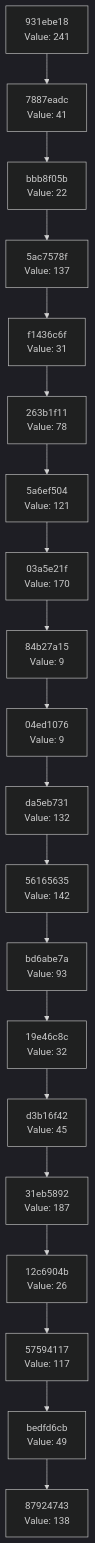
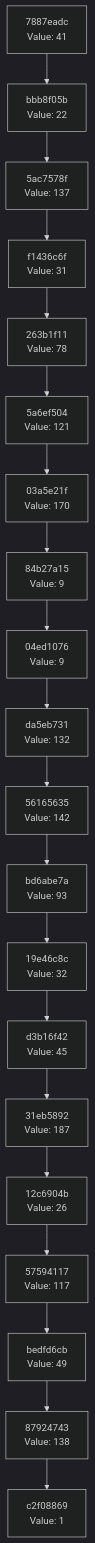
The diagram in docs/CHAIN_VISUALIZATION.md (Abhisheksinha1506/hash-chain-evolver), drawn with Mermaid (dark theme) before and after one commit. The commit also changed 2 other files, not shown here.

Commit message:
Evolution step: hash 0x01 → action executed

````diff
--- a/docs/CHAIN_VISUALIZATION.md
+++ b/docs/CHAIN_VISUALIZATION.md
@@ -3,42 +3,42 @@
 ```mermaid
 graph TD
-    C0["87924743<br/>Value: 138"]
-    C1["bedfd6cb<br/>Value: 49"]
+    C0["c2f08869<br/>Value: 1"]
+    C1["87924743<br/>Value: 138"]
     C1 --> C0
-    C2["57594117<br/>Value: 117"]
+    C2["bedfd6cb<br/>Value: 49"]
     C2 --> C1
-    C3["12c6904b<br/>Value: 26"]
+    C3["57594117<br/>Value: 117"]
     C3 --> C2
-    C4["31eb5892<br/>Value: 187"]
+    C4["12c6904b<br/>Value: 26"]
     C4 --> C3
-    C5["d3b16f42<br/>Value: 45"]
+    C5["31eb5892<br/>Value: 187"]
     C5 --> C4
-    C6["19e46c8c<br/>Value: 32"]
+    C6["d3b16f42<br/>Value: 45"]
     C6 --> C5
-    C7["bd6abe7a<br/>Value: 93"]
+    C7["19e46c8c<br/>Value: 32"]
     C7 --> C6
-    C8["56165635<br/>Value: 142"]
+    C8["bd6abe7a<br/>Value: 93"]
     C8 --> C7
-    C9["da5eb731<br/>Value: 132"]
+    C9["56165635<br/>Value: 142"]
     C9 --> C8
-    C10["04ed1076<br/>Value: 9"]
+    C10["da5eb731<br/>Value: 132"]
     C10 --> C9
-    C11["84b27a15<br/>Value: 9"]
+    C11["04ed1076<br/>Value: 9"]
     C11 --> C10
-    C12["03a5e21f<br/>Value: 170"]
+    C12["84b27a15<br/>Value: 9"]
     C12 --> C11
-    C13["5a6ef504<br/>Value: 121"]
+    C13["03a5e21f<br/>Value: 170"]
     C13 --> C12
-    C14["263b1f11<br/>Value: 78"]
+    C14["5a6ef504<br/>Value: 121"]
     C14 --> C13
-    C15["f1436c6f<br/>Value: 31"]
+    C15["263b1f11<br/>Value: 78"]
     C15 --> C14
-    C16["5ac7578f<br/>Value: 137"]
+    C16["f1436c6f<br/>Value: 31"]
     C16 --> C15
-    C17["bbb8f05b<br/>Value: 22"]
+    C17["5ac7578f<br/>Value: 137"]
     C17 --> C16
-    C18["7887eadc<br/>Value: 41"]
+    C18["bbb8f05b<br/>Value: 22"]
     C18 --> C17
-    C19["931ebe18<br/>Value: 241"]
+    C19["7887eadc<br/>Value: 41"]
     C19 --> C18
 ```
````
